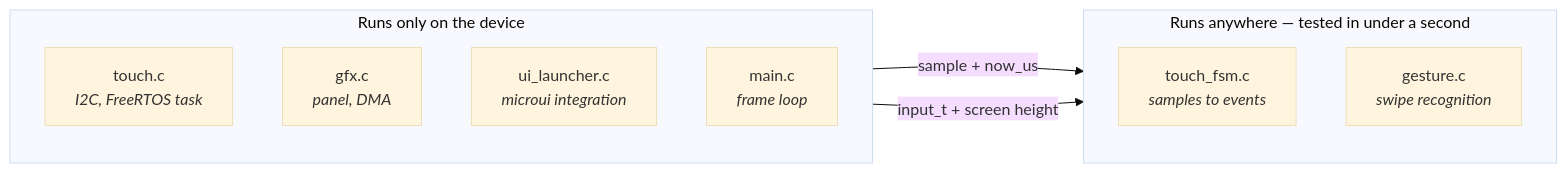
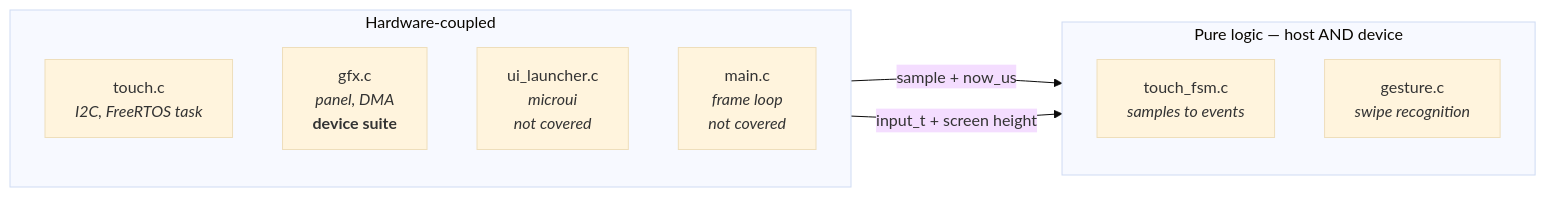
One commit to jose-villegas/esp32-c6-dev changed the second of 3 diagrams in docs/Testing-Guide.md. Above: the diagram before and after it, drawn with Mermaid (base theme). The commit also changed other lines of this file and 12 other files, not shown here.

First line of the commit message:
Run every test suite on the device, inside the shipped binary

````diff
--- a/docs/Testing-Guide.md
+++ b/docs/Testing-Guide.md
@@ -84,19 +110,19 @@
 ```mermaid
 flowchart LR
-    subgraph device["Runs only on the device"]
+    subgraph hw["Hardware-coupled"]
         direction TB
         HW1["touch.c<br/><i>I2C, FreeRTOS task</i>"]
-        HW2["gfx.c<br/><i>panel, DMA</i>"]
-        HW3["ui_launcher.c<br/><i>microui integration</i>"]
-        HW4["main.c<br/><i>frame loop</i>"]
+        HW2["gfx.c<br/><i>panel, DMA</i><br/><b>device suite</b>"]
+        HW3["ui_launcher.c<br/><i>microui</i><br/><i>not covered</i>"]
+        HW4["main.c<br/><i>frame loop</i><br/><i>not covered</i>"]
     end
 
-    subgraph host["Runs anywhere — tested in under a second"]
+    subgraph pure["Pure logic — host AND device"]
         direction TB
         P1["touch_fsm.c<br/><i>samples to events</i>"]
         P2["gesture.c<br/><i>swipe recognition</i>"]
     end
 
     HW1 -->|"sample + now_us"| P1
     HW4 -->|"input_t + screen height"| P2
 ```
````
